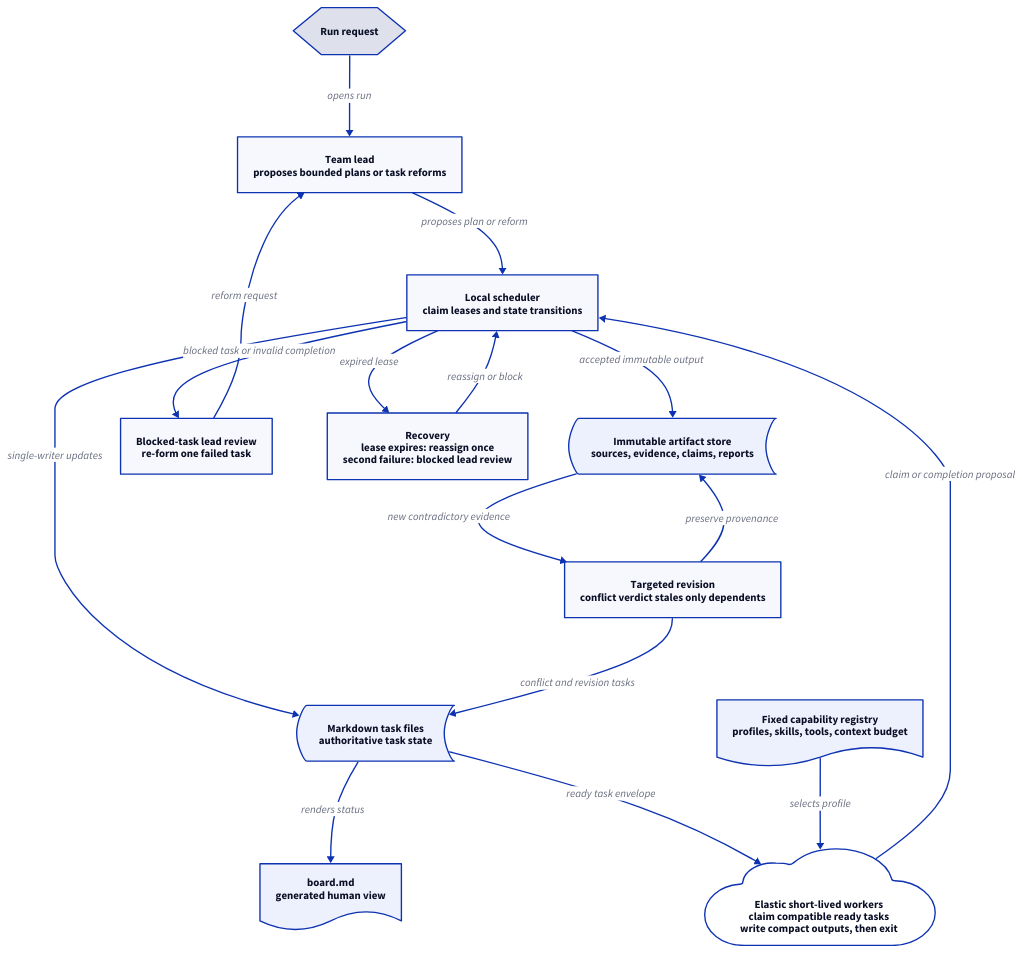
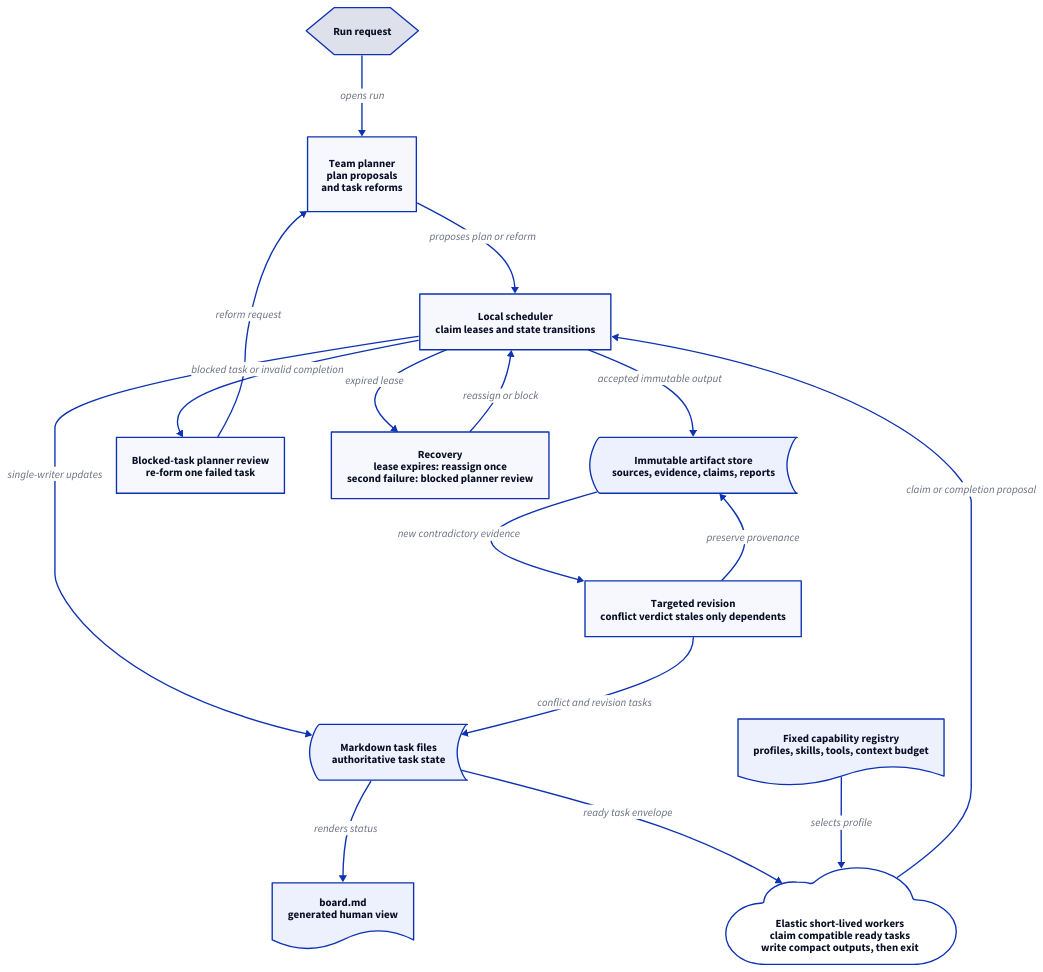
One commit to Advaya24/MultiAgentOrchestration changed the diagram in artifacts/task_board_swarm_architecture.d2. Above: the diagram before and after it, drawn with D2. The commit also changed 20 other files, not shown here.

Commit message:
Rename lead as planner

```diff
--- a/artifacts/task_board_swarm_architecture.d2
+++ b/artifacts/task_board_swarm_architecture.d2
@@ -1,72 +1,74 @@
 direction: down
 
 request: {
   label: "Run request"
   shape: hexagon
 }
 
-team_lead: {
-  label: "Team lead\nproposes bounded plans or task reforms"
+team_planner: {
+  label: "Team planner\nplan proposals\nand task reforms"
   shape: rectangle
+  width: 160
+  height: 110
 }
 
 scheduler: {
   label: "Local scheduler\nclaim leases and state transitions"
   shape: rectangle
 }
 
 task_files: {
   label: "Markdown task files\nauthoritative task state"
   shape: stored_data
 }
 
 board: {
   label: "board.md\ngenerated human view"
   shape: document
 }
 
 capabilities: {
   label: "Fixed capability registry\nprofiles, skills, tools, context budget"
   shape: document
 }
 
 worker_pool: {
   label: "Elastic short-lived workers\nclaim compatible ready tasks\nwrite compact outputs, then exit"
   shape: cloud
 }
 
 artifacts: {
   label: "Immutable artifact store\nsources, evidence, claims, reports"
   shape: stored_data
 }
 
 review_tasks: {
-  label: "Blocked-task lead review\nre-form one failed task"
+  label: "Blocked-task planner review\nre-form one failed task"
   shape: rectangle
 }
 
 recovery: {
-  label: "Recovery\nlease expires: reassign once\nsecond failure: blocked lead review"
+  label: "Recovery\nlease expires: reassign once\nsecond failure: blocked planner review"
   shape: rectangle
 }
 
 revision: {
   label: "Targeted revision\nconflict verdict stales only dependents"
   shape: rectangle
 }
 
-request -> team_lead: opens run
-team_lead -> scheduler: proposes plan or reform
+request -> team_planner: opens run
+team_planner -> scheduler: proposes plan or reform
 scheduler -> task_files: single-writer updates
 task_files -> board: renders status
 task_files -> worker_pool: ready task envelope
 capabilities -> worker_pool: selects profile
 worker_pool -> scheduler: claim or completion proposal
 scheduler -> artifacts: accepted immutable output
 scheduler -> review_tasks: blocked task or invalid completion
-review_tasks -> team_lead: reform request
+review_tasks -> team_planner: reform request
 scheduler -> recovery: expired lease
 recovery -> scheduler: reassign or block
 artifacts -> revision: new contradictory evidence
 revision -> task_files: conflict and revision tasks
 revision -> artifacts: preserve provenance
```
